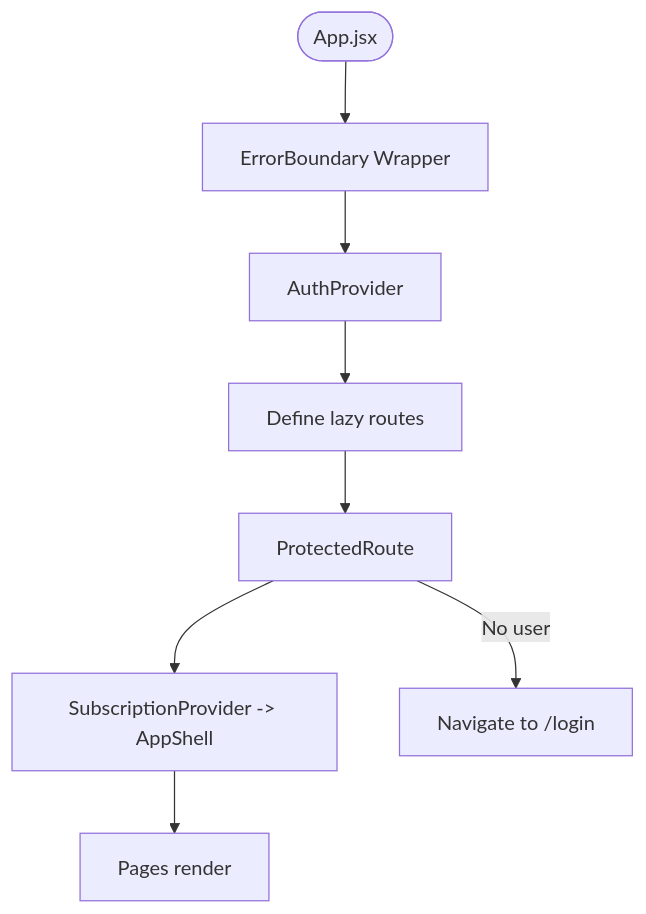
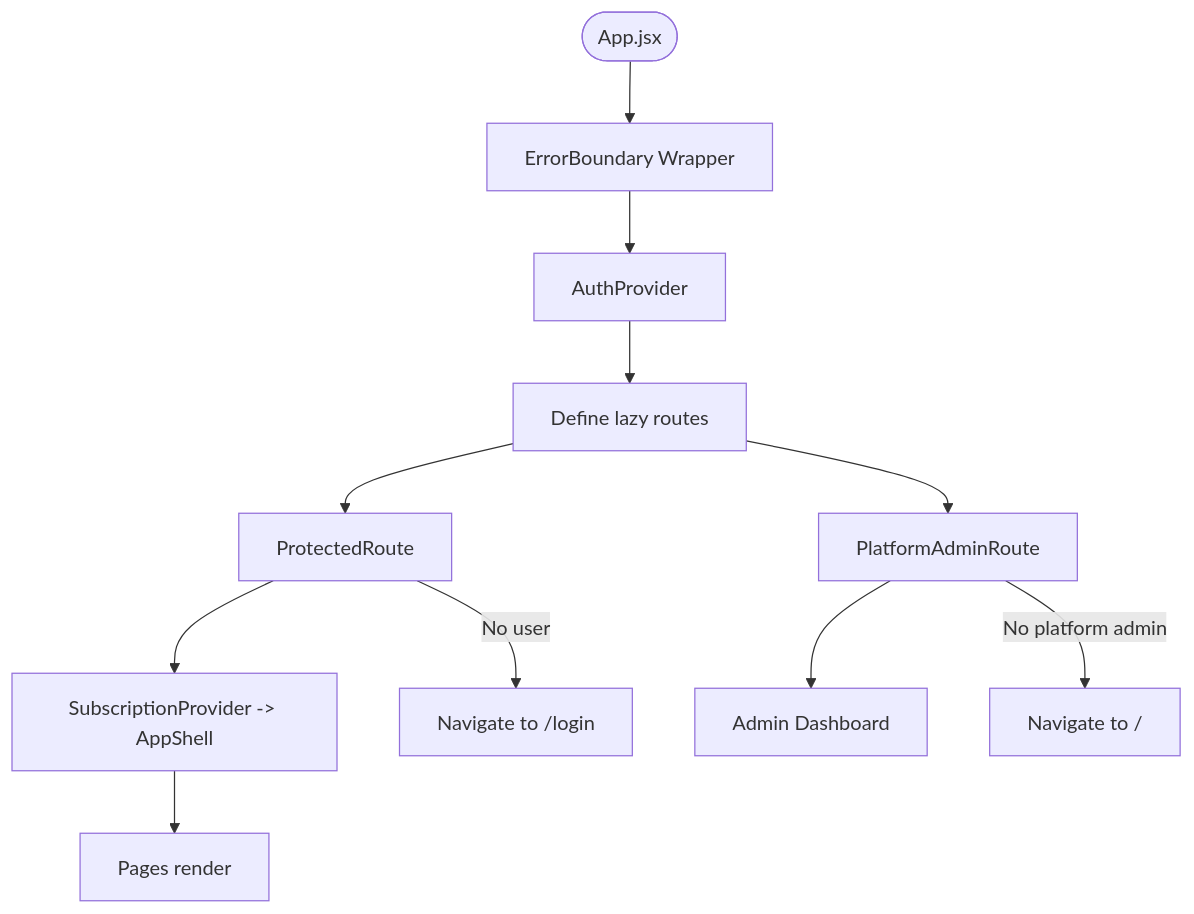
One commit to Revanththetalogics/aireume changed diagram 11 of 25 in .qoder/repowiki/en/content/Frontend Architecture/Frontend Architecture.md. Above: the diagram before and after it, drawn with Mermaid. The commit also changed other lines of this file and 10 other files, not shown here.

````diff
--- a/.qoder/repowiki/en/content/Frontend Architecture/Frontend Architecture.md
+++ b/.qoder/repowiki/en/content/Frontend Architecture/Frontend Architecture.md
@@ -571,10 +596,13 @@
 ```mermaid
 flowchart TD
 Start(["App.jsx"]) --> ErrorWrap["ErrorBoundary Wrapper"]
 ErrorWrap --> Auth["AuthProvider"]
 Auth --> Routes["Define lazy routes"]
 Routes --> Guard["ProtectedRoute"]
 Guard --> Shell["SubscriptionProvider -> AppShell"]
 Shell --> Pages["Pages render"]
 Guard --> |No user| Redirect["Navigate to /login"]
+Routes --> Admin["PlatformAdminRoute"]
+Admin --> AdminShell["Admin Dashboard"]
+Admin --> |No platform admin| Redirect2["Navigate to /"]
 ```
````
